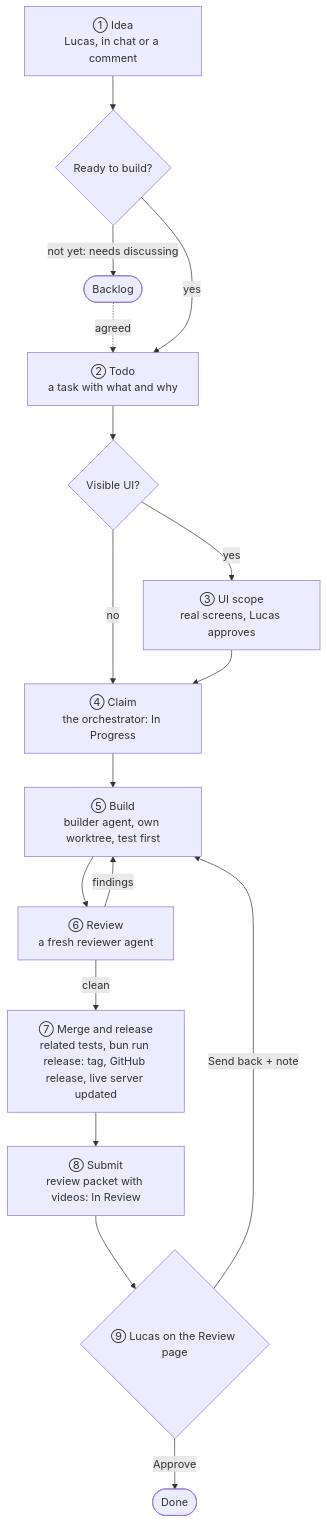
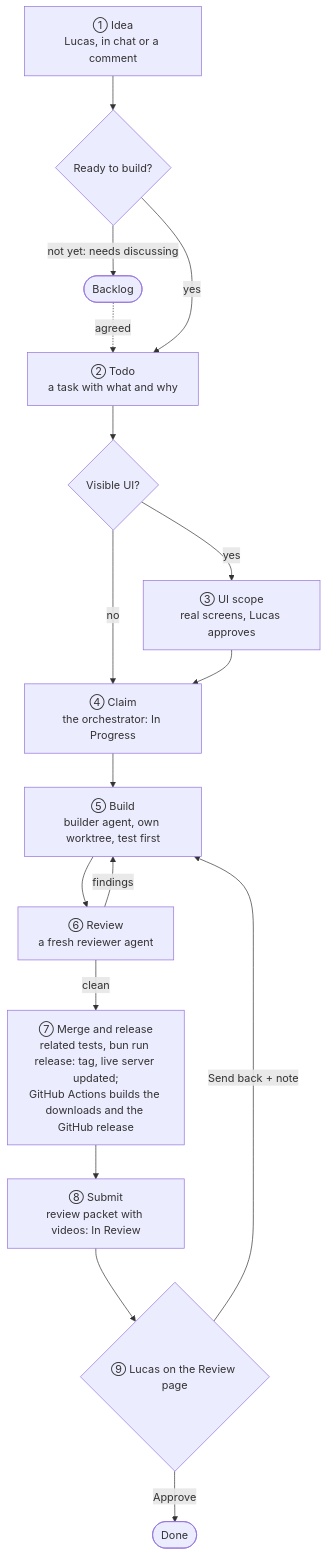
Before and after one commit to lnmunhoz/cello: the first of 4 diagrams in docs/feature-lifecycle.md, drawn with Mermaid. The commit also changed other lines of this file and 14 other files, not shown here.

First line of the commit message:
feat(release): GitHub Actions builds the downloads for Apple silicon and Intel; the Mac builds only its own cello (CEL-139)

````diff
--- a/docs/feature-lifecycle.md
+++ b/docs/feature-lifecycle.md
@@ -10,19 +10,19 @@
 ```mermaid
 flowchart TD
     A["① Idea<br/>Lucas, in chat or a comment"] --> B{"Ready to build?"}
     B -->|"not yet: needs discussing"| BL(["Backlog"])
     BL -.->|"agreed"| T
     B -->|yes| T["② Todo<br/>a task with what and why"]
     T --> S{"Visible UI?"}
     S -->|yes| SC["③ UI scope<br/>real screens, Lucas approves"]
     S -->|no| C
     SC --> C["④ Claim<br/>the orchestrator: In Progress"]
     C --> BU["⑤ Build<br/>builder agent, own worktree, test first"]
     BU --> RV["⑥ Review<br/>a fresh reviewer agent"]
     RV -->|findings| BU
-    RV -->|clean| M["⑦ Merge and release<br/>related tests, bun run release: tag, GitHub release, live server updated"]
+    RV -->|clean| M["⑦ Merge and release<br/>related tests, bun run release: tag, live server updated;<br/>GitHub Actions builds the downloads and the GitHub release"]
     M --> P["⑧ Submit<br/>review packet with videos: In Review"]
     P --> L{"⑨ Lucas on the Review page"}
     L -->|Approve| D(["Done"])
     L -->|"Send back + note"| BU
 ```
````
